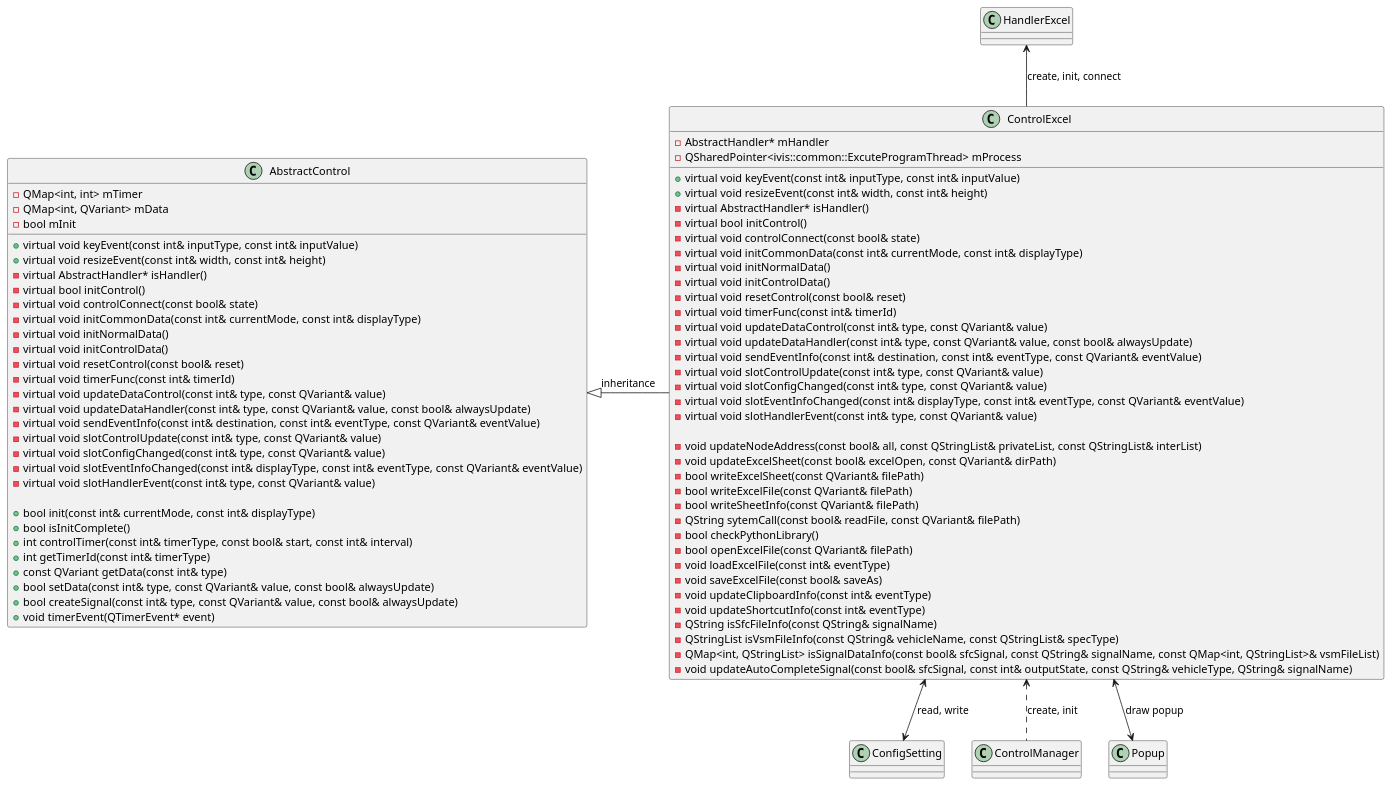
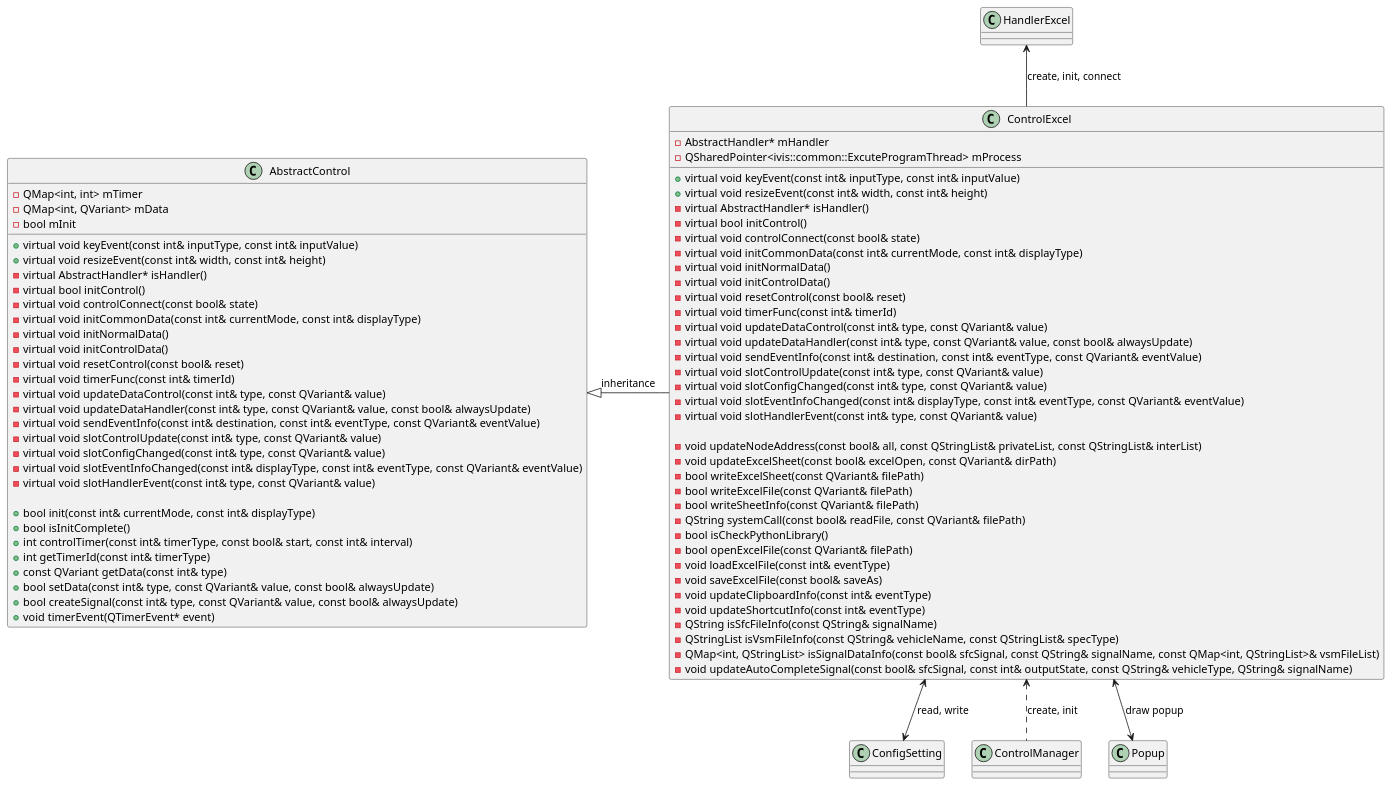
Before and after one commit to rlarudgh1997/Application: the diagram in Diagram/022_Excel/ClassDiagram_ExcelControl.plantuml, drawn with PlantUML. The commit also changed 22 other files, not shown here.

```diff
--- a/Diagram/022_Excel/ClassDiagram_ExcelControl.plantuml
+++ b/Diagram/022_Excel/ClassDiagram_ExcelControl.plantuml
@@ -1,86 +1,86 @@
 @startuml
 
 ' AbstractControl 클래스 정의
 class AbstractControl {
     +virtual void keyEvent(const int& inputType, const int& inputValue)
     +virtual void resizeEvent(const int& width, const int& height)
     -virtual AbstractHandler* isHandler()
     -virtual bool initControl()
     -virtual void controlConnect(const bool& state)
     -virtual void initCommonData(const int& currentMode, const int& displayType)
     -virtual void initNormalData()
     -virtual void initControlData()
     -virtual void resetControl(const bool& reset)
     -virtual void timerFunc(const int& timerId)
     -virtual void updateDataControl(const int& type, const QVariant& value)
     -virtual void updateDataHandler(const int& type, const QVariant& value, const bool& alwaysUpdate)
     -virtual void sendEventInfo(const int& destination, const int& eventType, const QVariant& eventValue)
     -virtual void slotControlUpdate(const int& type, const QVariant& value)
     -virtual void slotConfigChanged(const int& type, const QVariant& value)
     -virtual void slotEventInfoChanged(const int& displayType, const int& eventType, const QVariant& eventValue)
     -virtual void slotHandlerEvent(const int& type, const QVariant& value)
 
     +bool init(const int& currentMode, const int& displayType)
     +bool isInitComplete()
     +int controlTimer(const int& timerType, const bool& start, const int& interval)
     +int getTimerId(const int& timerType)
     +const QVariant getData(const int& type)
     +bool setData(const int& type, const QVariant& value, const bool& alwaysUpdate)
     +bool createSignal(const int& type, const QVariant& value, const bool& alwaysUpdate)
     +void timerEvent(QTimerEvent* event)
 
     -QMap<int, int> mTimer
     -QMap<int, QVariant> mData
     -bool mInit
 }
 
 ' ControlExcel 클래스 정의
 class ControlExcel {
     +virtual void keyEvent(const int& inputType, const int& inputValue)
     +virtual void resizeEvent(const int& width, const int& height)
     -virtual AbstractHandler* isHandler()
     -virtual bool initControl()
     -virtual void controlConnect(const bool& state)
     -virtual void initCommonData(const int& currentMode, const int& displayType)
     -virtual void initNormalData()
     -virtual void initControlData()
     -virtual void resetControl(const bool& reset)
     -virtual void timerFunc(const int& timerId)
     -virtual void updateDataControl(const int& type, const QVariant& value)
     -virtual void updateDataHandler(const int& type, const QVariant& value, const bool& alwaysUpdate)
     -virtual void sendEventInfo(const int& destination, const int& eventType, const QVariant& eventValue)
     -virtual void slotControlUpdate(const int& type, const QVariant& value)
     -virtual void slotConfigChanged(const int& type, const QVariant& value)
     -virtual void slotEventInfoChanged(const int& displayType, const int& eventType, const QVariant& eventValue)
     -virtual void slotHandlerEvent(const int& type, const QVariant& value)
 
     -void updateNodeAddress(const bool& all, const QStringList& privateList, const QStringList& interList)
     -void updateExcelSheet(const bool& excelOpen, const QVariant& dirPath)
     -bool writeExcelSheet(const QVariant& filePath)
     -bool writeExcelFile(const QVariant& filePath)
     -bool writeSheetInfo(const QVariant& filePath)
-    -QString sytemCall(const bool& readFile, const QVariant& filePath)
-    -bool checkPythonLibrary()
+    -QString systemCall(const bool& readFile, const QVariant& filePath)
+    -bool isCheckPythonLibrary()
     -bool openExcelFile(const QVariant& filePath)
     -void loadExcelFile(const int& eventType)
     -void saveExcelFile(const bool& saveAs)
     -void updateClipboardInfo(const int& eventType)
     -void updateShortcutInfo(const int& eventType)
     -QString isSfcFileInfo(const QString& signalName)
     -QStringList isVsmFileInfo(const QString& vehicleName, const QStringList& specType)
     -QMap<int, QStringList> isSignalDataInfo(const bool& sfcSignal, const QString& signalName, const QMap<int, QStringList>& vsmFileList)
     -void updateAutoCompleteSignal(const bool& sfcSignal, const int& outputState, const QString& vehicleType, QString& signalName)
 
     -AbstractHandler* mHandler
     -QSharedPointer<ivis::common::ExcuteProgramThread> mProcess
 }
 
 
 ' 클래스 간의 관계 정의
 AbstractControl <|- ControlExcel : inheritance
 HandlerExcel <-- ControlExcel : create, init, connect
 ControlExcel <--> ConfigSetting : read, write
 ControlExcel <.. ControlManager : create, init
 ControlExcel <--> Popup : draw popup
 
 @enduml
```
